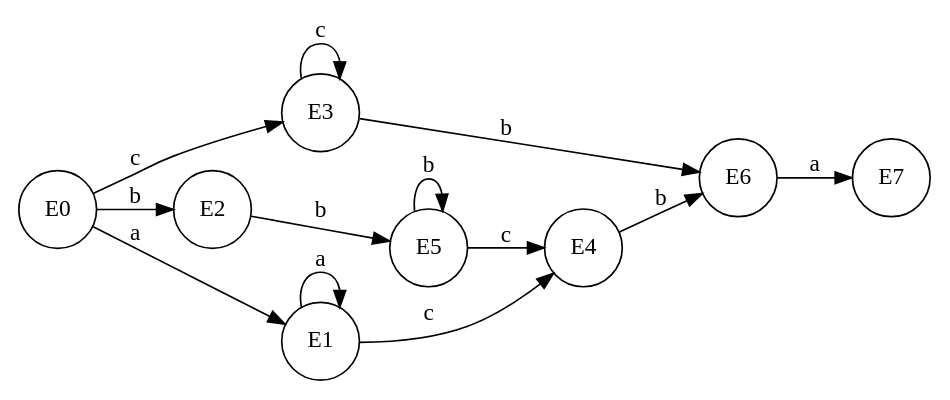
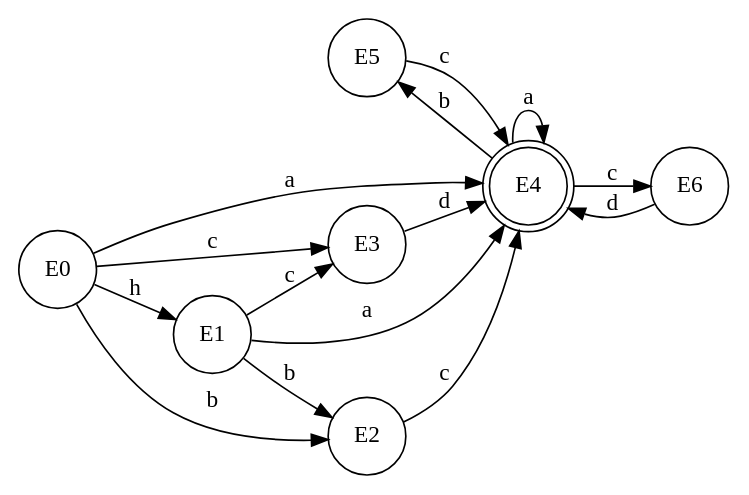
The diagram in Proyecto1/AFD.dot (AlvaroCeballos/-LFP-202300673-), drawn with Graphviz before and after one commit. The commit also changed 8 other files, not shown here.

```diff
--- a/Proyecto1/AFD.dot
+++ b/Proyecto1/AFD.dot
@@ -1,34 +1,38 @@
 digraph G {
 rankdir=LR;
 E5->E4[label="c"]
-E5->E5[label="b"]
-E6->E7[label="a"]
+E6->E4[label="d"]
 E0->E3[label="c"]
 E0->E2[label="b"]
-E0->E1[label="a"]
-E1->E4[label="c"]
-E1->E1[label="a"]
-E2->E5[label="b"]
-E3->E3[label="c"]
-E3->E6[label="b"]
-E4->E6[label="b"]
+E0->E4[label="a"]
+E0->E1[label="h"]
+E1->E3[label="c"]
+E1->E2[label="b"]
+E1->E4[label="a"]
+E2->E4[label="c"]
+E3->E4[label="d"]
+E4->E6[label="c"]
+E4->E5[label="b"]
+E4->E4[label="a"]
 E5[shape=circle]
-E4[shape=circle]
-E5[shape=circle]
+E4[shape=doublecircle]
 E6[shape=circle]
-E7[shape=circle]
+E4[shape=doublecircle]
 E0[shape=circle]
 E3[shape=circle]
 E2[shape=circle]
+E4[shape=doublecircle]
 E1[shape=circle]
 E1[shape=circle]
-E4[shape=circle]
-E1[shape=circle]
+E3[shape=circle]
 E2[shape=circle]
+E4[shape=doublecircle]
+E2[shape=circle]
+E4[shape=doublecircle]
+E3[shape=circle]
+E4[shape=doublecircle]
+E4[shape=doublecircle]
+E6[shape=circle]
 E5[shape=circle]
-E3[shape=circle]
-E3[shape=circle]
-E6[shape=circle]
-E4[shape=circle]
-E6[shape=circle]
+E4[shape=doublecircle]
 }
```
